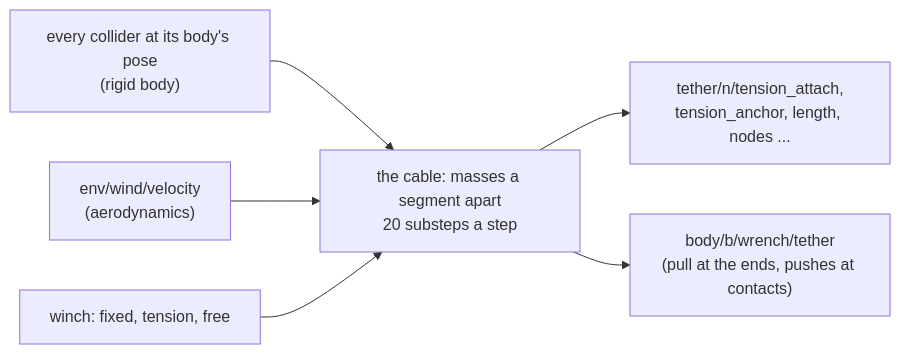
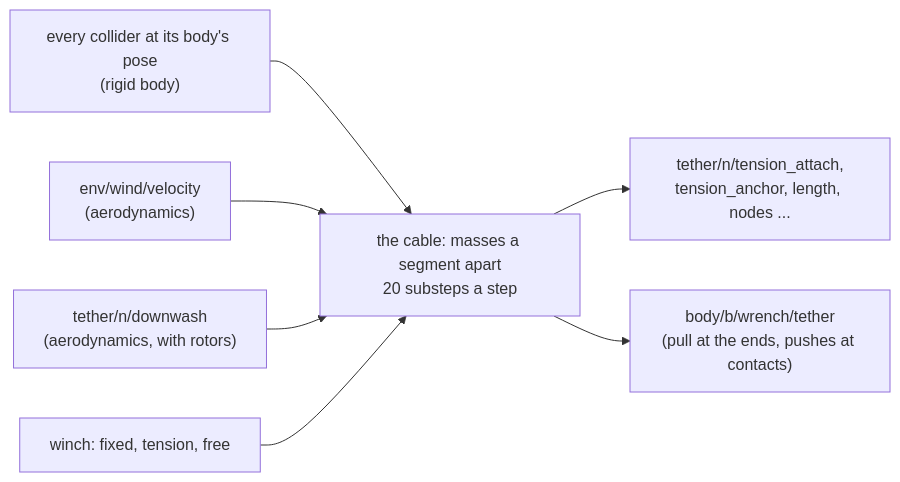
One commit to Open-Physical-Systems/Lagrange changed the diagram in docs/physics/tether.md. Above: the diagram before and after it, drawn with Mermaid. The commit also changed other lines of this file and 11 other files, not shown here.

Commit message:
feat(mod/tether): the rotors' downwash blows the tether cable (RFC 0011 step 6) (#416)

````diff
--- a/docs/physics/tether.md
+++ b/docs/physics/tether.md
@@ -9,8 +9,9 @@
 ```mermaid
 flowchart LR
     RB["every collider at its body's pose<br/>(rigid body)"] --> C
     WIND["env/wind/velocity<br/>(aerodynamics)"] --> C
+    DW["tether/n/downwash<br/>(aerodynamics, with rotors)"] --> C
     C["the cable: masses a segment apart<br/>20 substeps a step"] --> T["tether/n/tension_attach,<br/>tension_anchor, length, nodes ..."]
     C --> W["body/b/wrench/tether<br/>(pull at the ends, pushes at contacts)"]
     WINCH["winch: fixed, tension, free"] --> C
 ```
````
